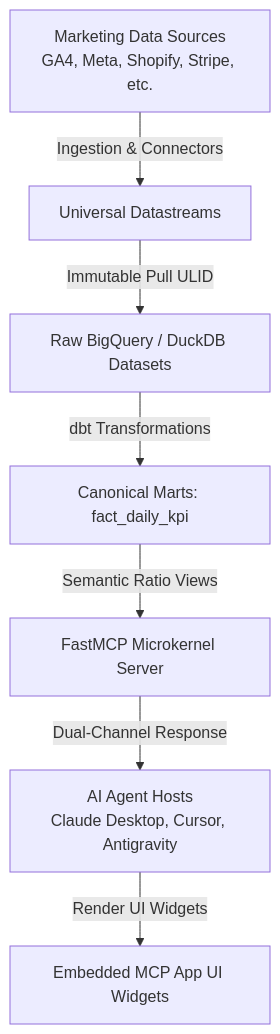
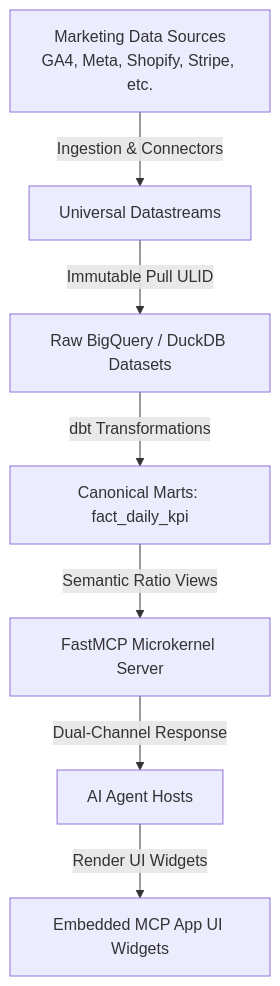
Before and after one commit to Toorow/Toorow: the diagram in docs/introduction.mdx, drawn with Mermaid. The commit also changed other lines of this file and 30 other files, not shown here.

````diff
--- a/docs/introduction.mdx
+++ b/docs/introduction.mdx
@@ -12,9 +12,9 @@
 ```mermaid
 graph TD
     A[Marketing Data Sources<br/>GA4, Meta, Shopify, Stripe, etc.] -->|Ingestion & Connectors| B[Universal Datastreams]
     B -->|Immutable Pull ULID| C[Raw BigQuery / DuckDB Datasets]
     C -->|dbt Transformations| D[Canonical Marts: fact_daily_kpi]
     D -->|Semantic Ratio Views| E[FastMCP Microkernel Server]
-    E -->|Dual-Channel Response| F[AI Agent Hosts<br/>Claude Desktop, Cursor, Antigravity]
+    E -->|Dual-Channel Response| F[AI Agent Hosts]
     F -->|Render UI Widgets| G[Embedded MCP App UI Widgets]
 ```
````
